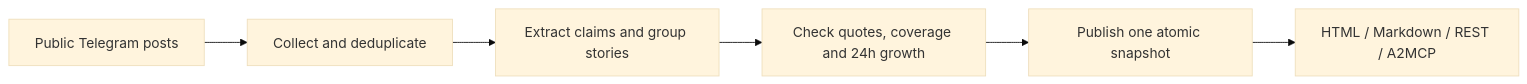
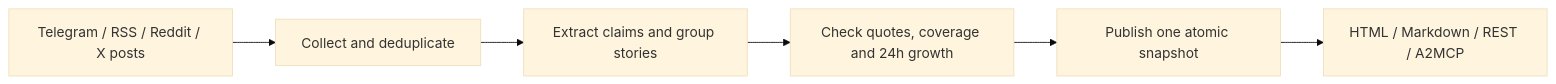
The diagram in README.md (kryptogrib/astrafeed-agent), drawn with Mermaid (base theme) before and after one commit. The commit also changed other lines of this file, not shown here.

````diff
--- a/README.md
+++ b/README.md
@@ -151,8 +164,8 @@
 ```mermaid
 flowchart LR
-    A[Public Telegram posts] --> B[Collect and deduplicate]
+    A[Telegram / RSS / Reddit / X posts] --> B[Collect and deduplicate]
     B --> C[Extract claims and group stories]
     C --> D[Check quotes, coverage and 24h growth]
     D --> E[Publish one atomic snapshot]
     E --> F[HTML / Markdown / REST / A2MCP]
 ```
````
